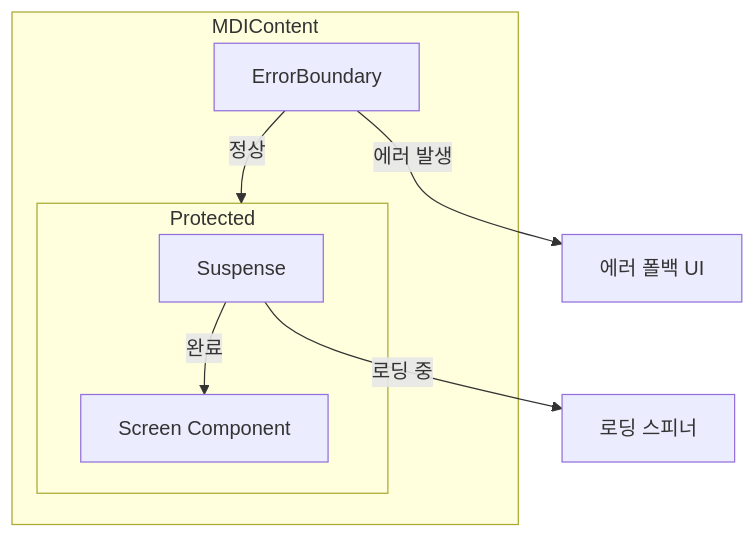
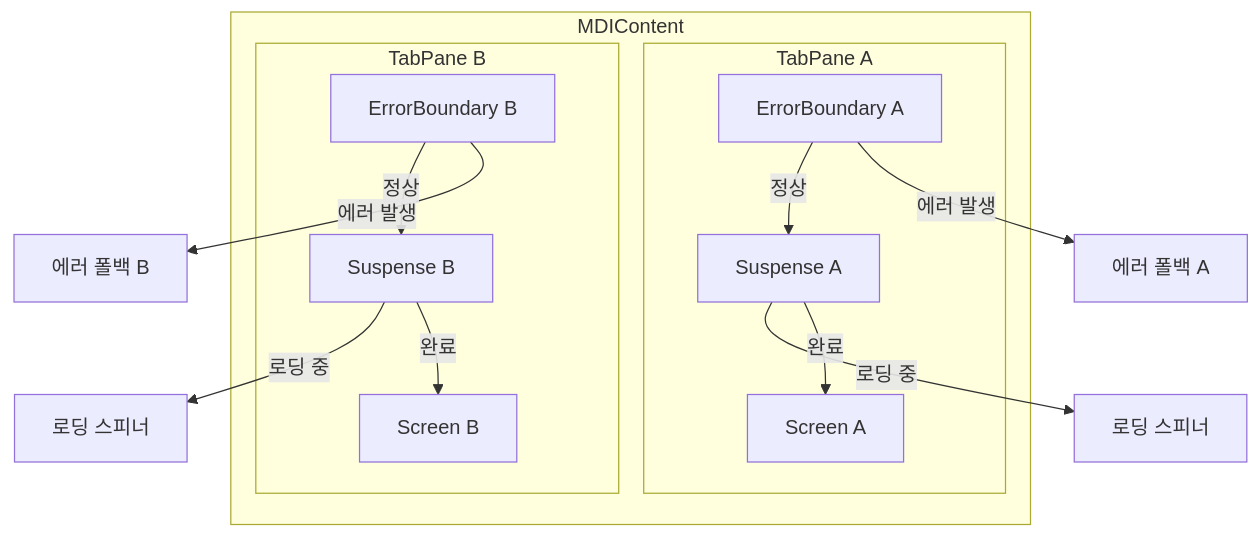
The fourth of 4 diagrams in .orchay/projects/mes-portal/tasks/TSK-02-05/010-design.md (jongik-sv/mes-poc), drawn with Mermaid before and after one commit. The commit also changed other lines of this file and 3 other files, not shown here.

````diff
--- a/.orchay/projects/mes-portal/tasks/TSK-02-05/010-design.md
+++ b/.orchay/projects/mes-portal/tasks/TSK-02-05/010-design.md
@@ -491,15 +539,25 @@
 ```mermaid
 flowchart TB
     subgraph MDIContent
-        EB[ErrorBoundary]
-        subgraph Protected
-            Suspense
-            Screen[Screen Component]
+        subgraph TabPane_A[TabPane A]
+            EB_A[ErrorBoundary A]
+            Suspense_A[Suspense A]
+            Screen_A[Screen A]
+        end
+        subgraph TabPane_B[TabPane B]
+            EB_B[ErrorBoundary B]
+            Suspense_B[Suspense B]
+            Screen_B[Screen B]
         end
     end
 
-    EB --> |정상| Protected
-    EB --> |에러 발생| ErrorFallback[에러 폴백 UI]
-    Suspense --> |로딩 중| LoadingFallback[로딩 스피너]
-    Suspense --> |완료| Screen
+    EB_A --> |정상| Suspense_A
+    EB_A --> |에러 발생| ErrorFallback_A[에러 폴백 A]
+    Suspense_A --> |로딩 중| Loading_A[로딩 스피너]
+    Suspense_A --> |완료| Screen_A
+
+    EB_B --> |정상| Suspense_B
+    EB_B --> |에러 발생| ErrorFallback_B[에러 폴백 B]
+    Suspense_B --> |로딩 중| Loading_B[로딩 스피너]
+    Suspense_B --> |완료| Screen_B
 ```
````
